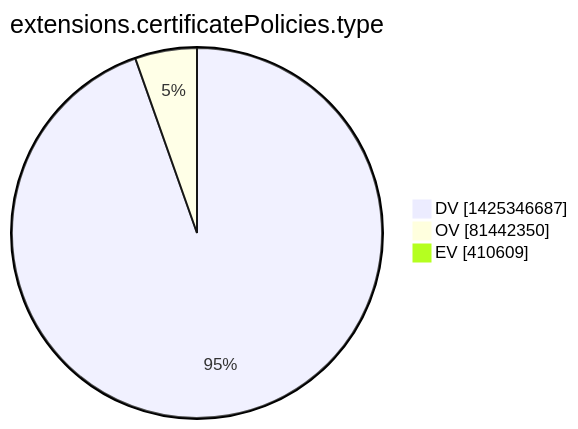
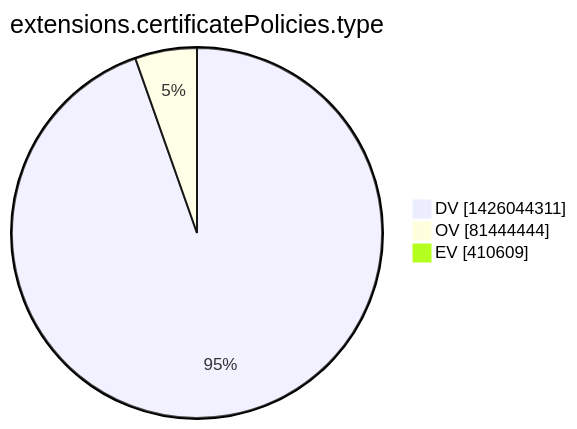
One commit to christiankrug/ctmonitor_visualization changed the tenth of 15 diagrams in xenon2022/README.md. Above: the diagram before and after it, drawn with Mermaid. The commit also changed other lines of this file, not shown here.

````diff
--- a/xenon2022/README.md
+++ b/xenon2022/README.md
@@ -2866,7 +2867,7 @@
 ```mermaid
 pie showData
 title extensions.certificatePolicies.type
-"DV" :1425346687
-"OV" :81442350
+"DV" :1426044311
+"OV" :81444444
 "EV" :410609
 ```
````
